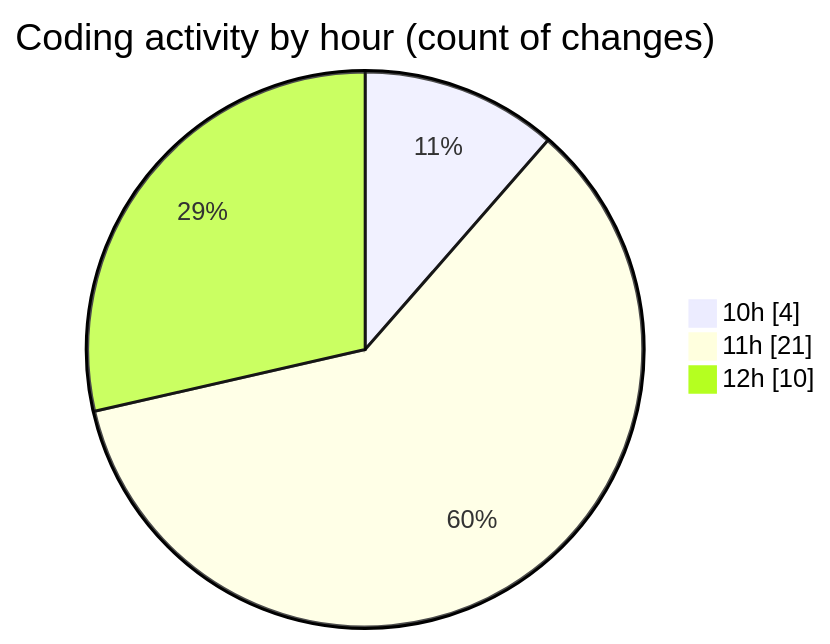
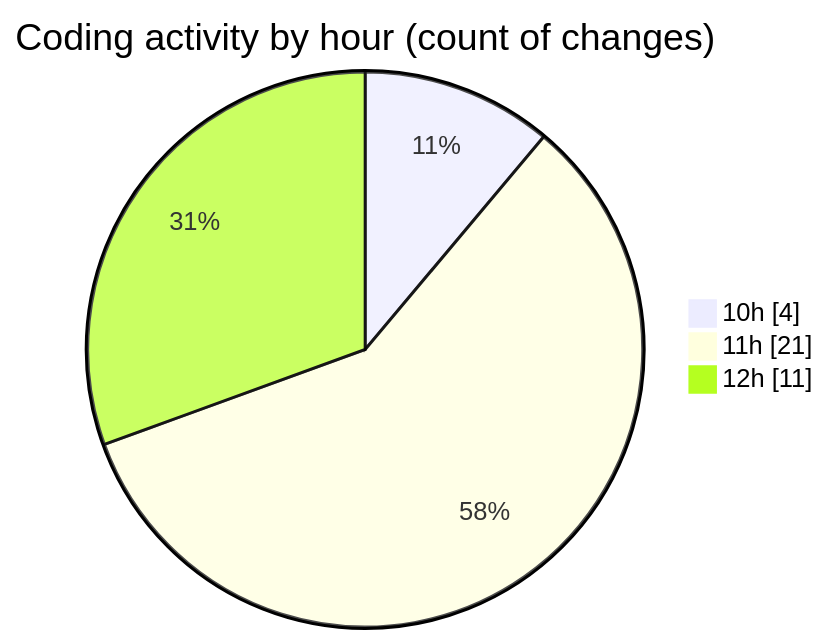
The second of 2 diagrams in 2025-05-15/jogo/README.md (LanceThiago/code-tracking), drawn with Mermaid before and after one commit. The commit also changed other lines of this file and 1 other file, not shown here.

````diff
--- a/2025-05-15/jogo/README.md
+++ b/2025-05-15/jogo/README.md
@@ -32,7 +32,7 @@
 ```mermaid
 pie showData
 title Coding activity by hour (count of changes)
 "10h" : 4
 "11h" : 21
-"12h" : 10
+"12h" : 11
 ```
````
